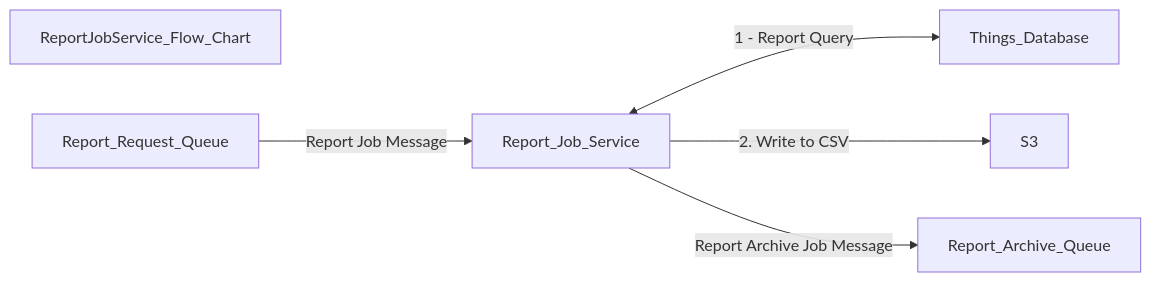
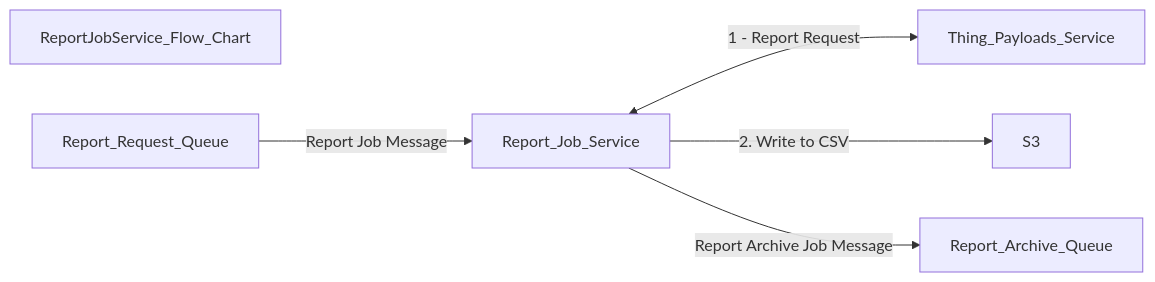
One commit to darrylmorton/ct-iot-things-report-job-service changed the third of 4 diagrams in docs/DIAGRAMS.md. Above: the diagram before and after it, drawn with Mermaid. The commit also changed other lines of this file, not shown here.

Commit message:
Update DIAGRAMS.md (#9)

````diff
--- a/docs/DIAGRAMS.md
+++ b/docs/DIAGRAMS.md
@@ -88,9 +77,9 @@
 ```mermaid
 flowchart LR
 
 ReportJobService_Flow_Chart
 
-Report_Request_Queue -->|Report Job Message| Report_Job_Service <-->|1 - Report Query| Things_Database
+Report_Request_Queue -->|Report Job Message| Report_Job_Service <-->|1 - Report Request| Thing_Payloads_Service
 Report_Job_Service -->|2. Write to CSV| S3
 Report_Job_Service -->|Report Archive Job Message| Report_Archive_Queue
 ```
````
